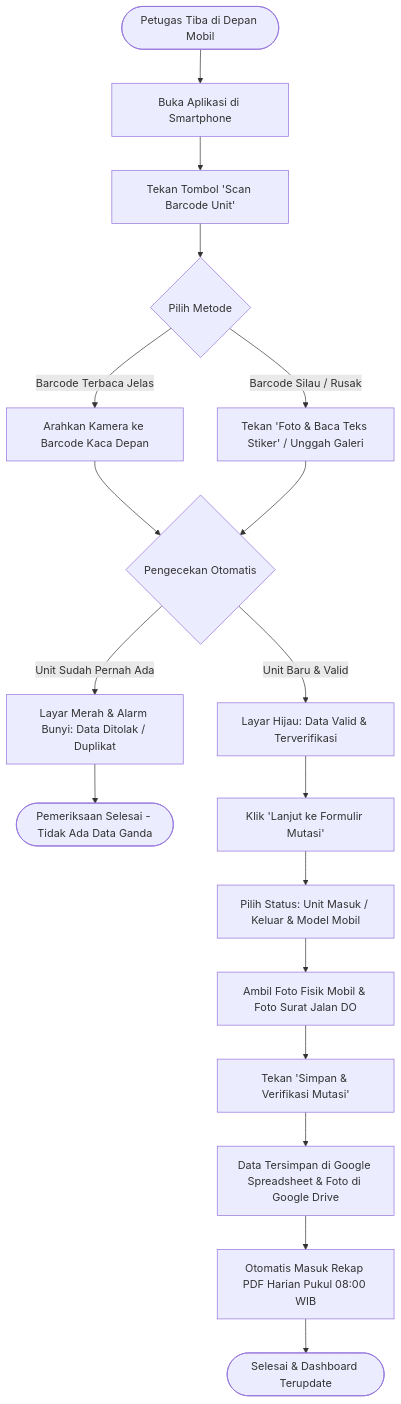
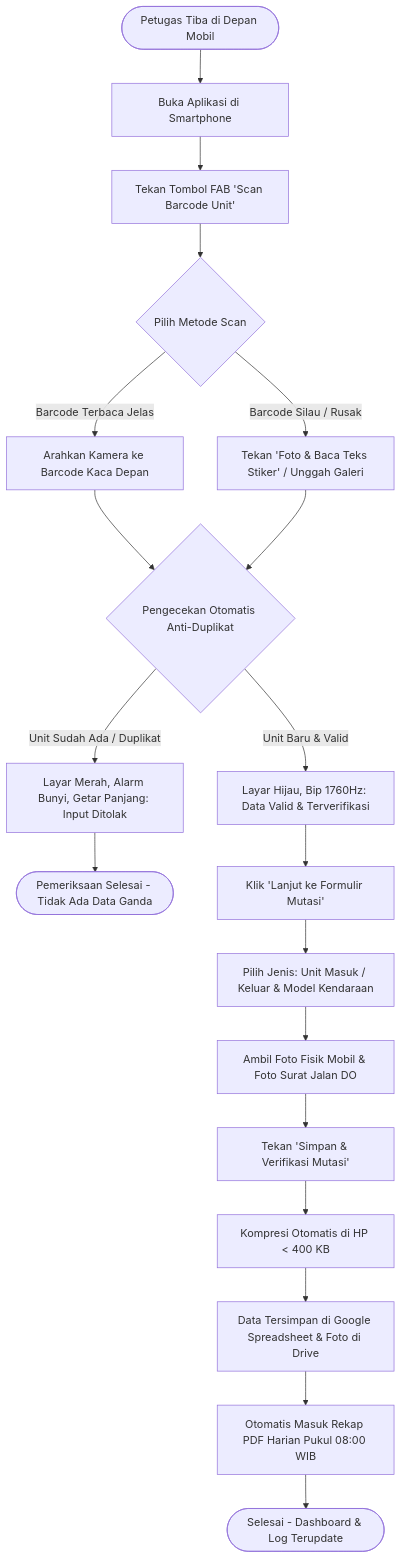
Before and after one commit to miyuraa1001/Management-StockYard: the second of 2 diagrams in PRD.md, drawn with Mermaid. The commit also changed other lines of this file, not shown here.

````diff
--- a/PRD.md
+++ b/PRD.md
@@ -188,26 +403,27 @@
 ```mermaid
 flowchart TD
     Start([Petugas Tiba di Depan Mobil]) --> OpenApp[Buka Aplikasi di Smartphone]
-    OpenApp --> ClickScan[Tekan Tombol 'Scan Barcode Unit']
-    ClickScan --> ChooseMode{Pilih Metode}
+    OpenApp --> ClickScan[Tekan Tombol FAB 'Scan Barcode Unit']
+    ClickScan --> ChooseMode{Pilih Metode Scan}
     
     ChooseMode -->|Barcode Terbaca Jelas| ModeBarcode[Arahkan Kamera ke Barcode Kaca Depan]
     ChooseMode -->|Barcode Silau / Rusak| ModeOCR[Tekan 'Foto & Baca Teks Stiker' / Unggah Galeri]
     
-    ModeBarcode --> CheckDupe{Pengecekan Otomatis}
+    ModeBarcode --> CheckDupe{Pengecekan Otomatis Anti-Duplikat}
     ModeOCR --> CheckDupe
     
-    CheckDupe -->|Unit Sudah Pernah Ada| Blocked[Layar Merah & Alarm Bunyi: Data Ditolak / Duplikat]
+    CheckDupe -->|Unit Sudah Ada / Duplikat| Blocked[Layar Merah, Alarm Bunyi, Getar Panjang: Input Ditolak]
     Blocked --> FinishDuplicate([Pemeriksaan Selesai - Tidak Ada Data Ganda])
     
-    CheckDupe -->|Unit Baru & Valid| Verified[Layar Hijau: Data Valid & Terverifikasi]
+    CheckDupe -->|Unit Baru & Valid| Verified[Layar Hijau, Bip 1760Hz: Data Valid & Terverifikasi]
     Verified --> Step2[Klik 'Lanjut ke Formulir Mutasi']
     
-    Step2 --> FillForm[Pilih Status: Unit Masuk / Keluar & Model Mobil]
+    Step2 --> FillForm[Pilih Jenis: Unit Masuk / Keluar & Model Kendaraan]
     FillForm --> SnapPhotos[Ambil Foto Fisik Mobil & Foto Surat Jalan DO]
     SnapPhotos --> Submit[Tekan 'Simpan & Verifikasi Mutasi']
     
-    Submit --> CloudSync[Data Tersimpan di Google Spreadsheet & Foto di Google Drive]
+    Submit --> CompressImg[Kompresi Otomatis di HP < 400 KB]
+    CompressImg --> CloudSync[Data Tersimpan di Google Spreadsheet & Foto di Drive]
     CloudSync --> AutoReport[Otomatis Masuk Rekap PDF Harian Pukul 08:00 WIB]
-    AutoReport --> Done([Selesai & Dashboard Terupdate])
+    AutoReport --> Done([Selesai - Dashboard & Log Terupdate])
 ```
````
